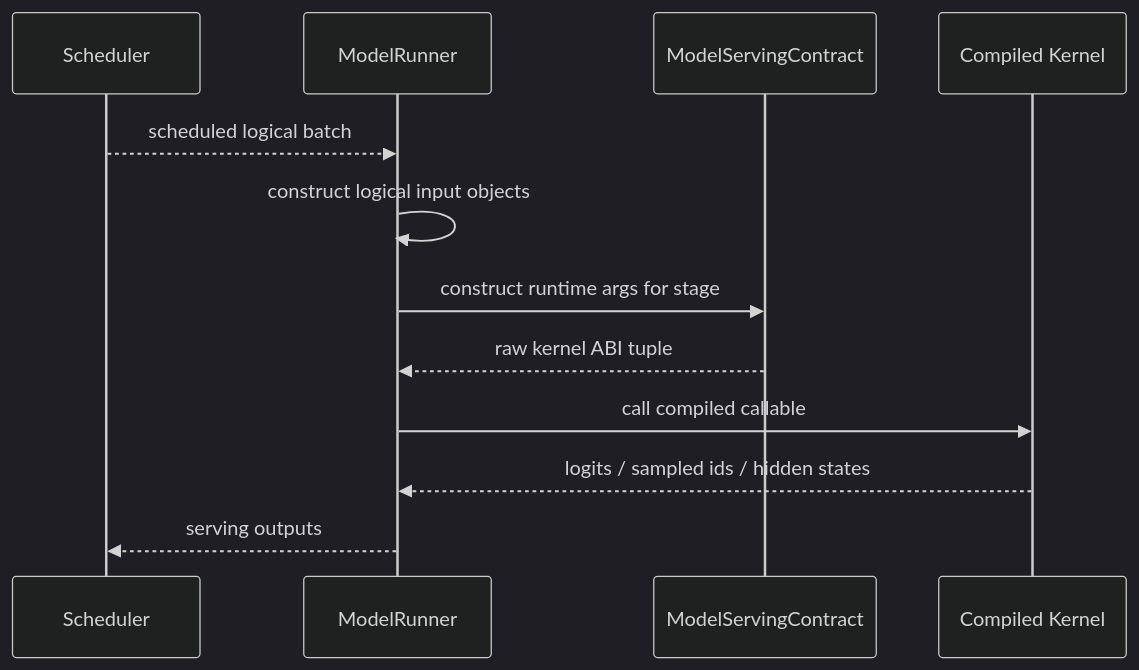
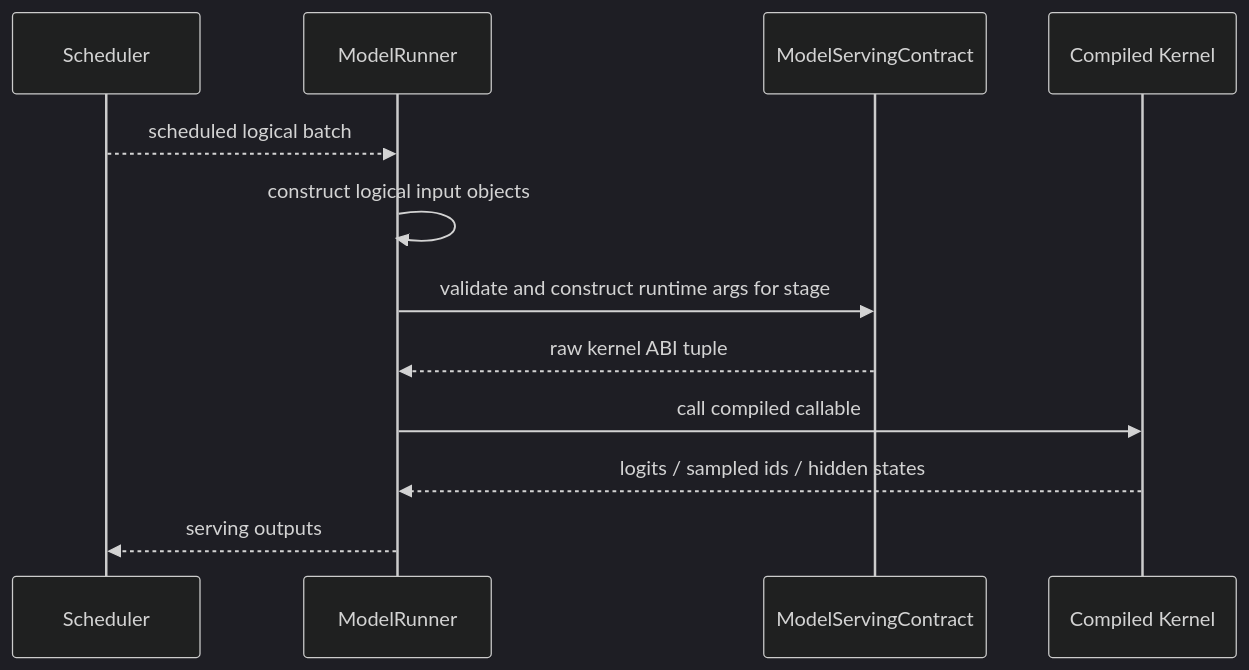
The fifth of 5 diagrams in docs/lib-serving-decoupling-architecture.md (hw-native-sys/pypto-serving), drawn with Mermaid (dark theme) before and after one commit. The commit also changed other lines of this file, not shown here.

````diff
--- a/docs/lib-serving-decoupling-architecture.md
+++ b/docs/lib-serving-decoupling-architecture.md
@@ -530,15 +714,15 @@
 ```mermaid
 sequenceDiagram
     participant S as Scheduler
     participant Runner as ModelRunner
     participant C as ModelServingContract
     participant K as Compiled Kernel
 
     S-->>Runner: scheduled logical batch
     Runner->>Runner: construct logical input objects
-    Runner->>C: construct runtime args for stage
+    Runner->>C: validate and construct runtime args for stage
     C-->>Runner: raw kernel ABI tuple
     Runner->>K: call compiled callable
     K-->>Runner: logits / sampled ids / hidden states
     Runner-->>S: serving outputs
 ```
````
